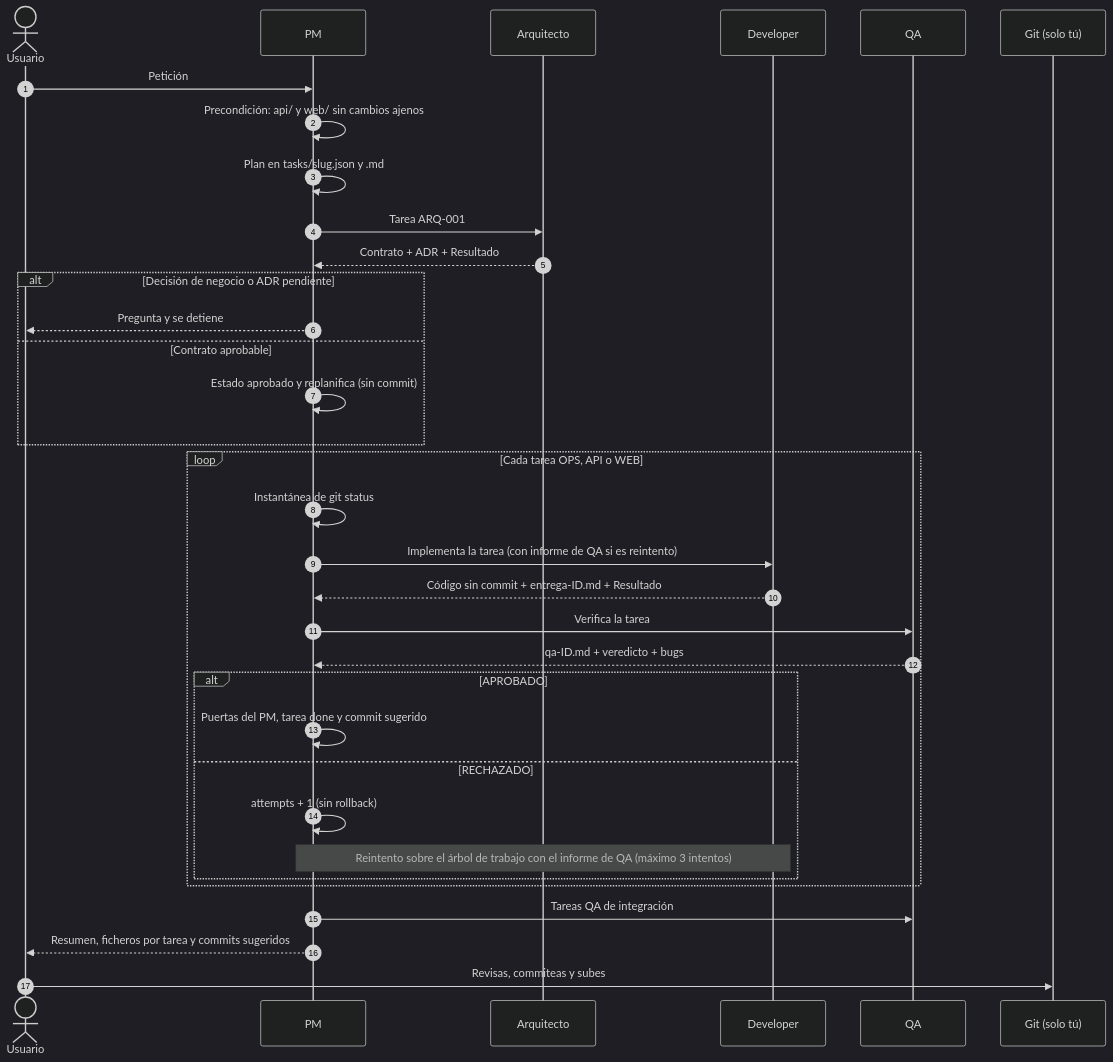
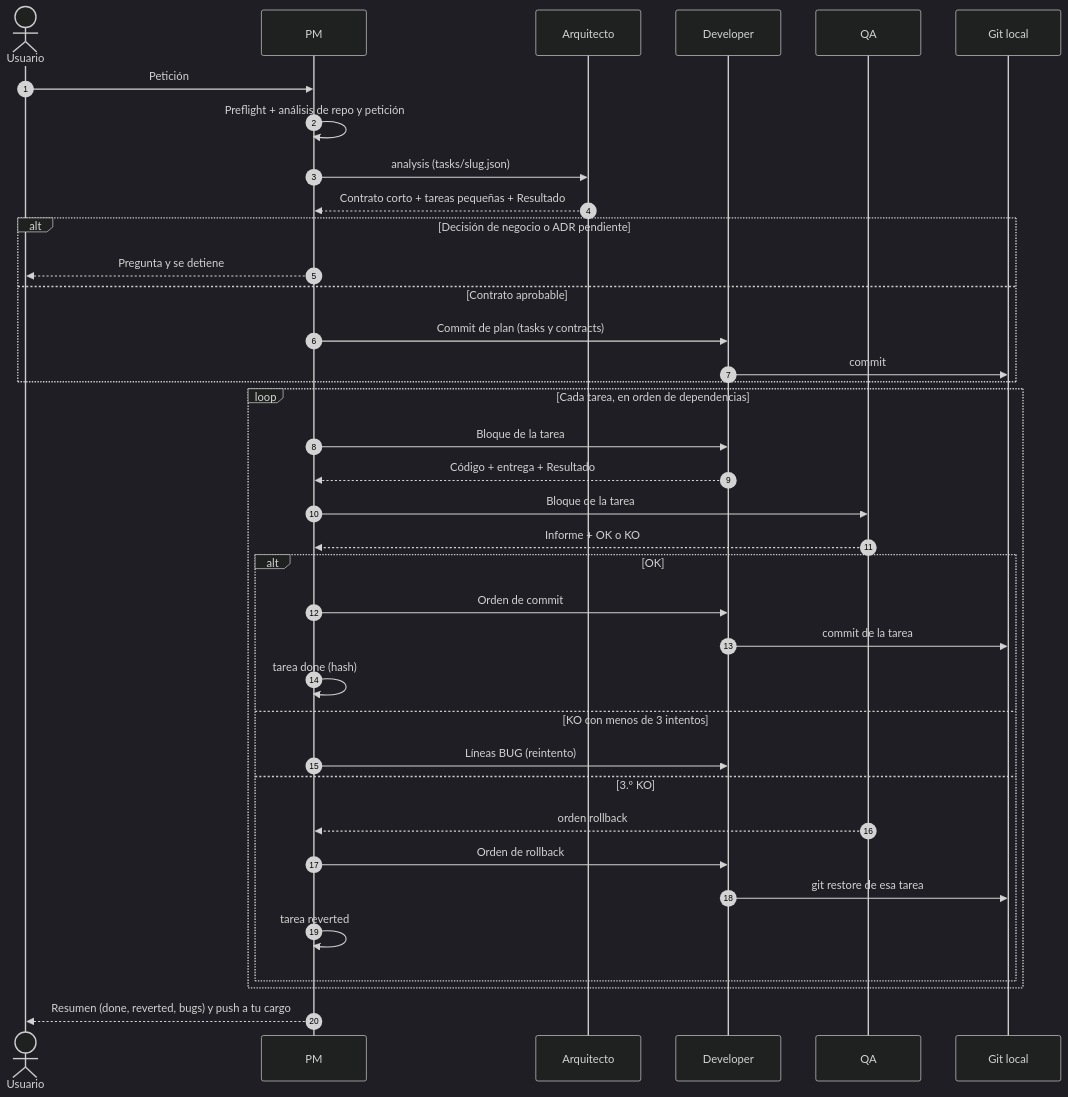
The second of 4 diagrams in flujo-agents.md (JordiTurell/GrangesAndreu), drawn with Mermaid (dark theme) before and after one commit. The commit also changed other lines of this file and 5 other files, not shown here.

First line of the commit message:
Agentes: flujo nuevo con tareas pequenas, commit y rollback por tarea

````diff
--- a/flujo-agents.md
+++ b/flujo-agents.md
@@ -52,37 +32,40 @@
 ```mermaid
 sequenceDiagram
     autonumber
     actor U as Usuario
     participant PM
     participant ARQ as Arquitecto
     participant DEV as Developer
     participant QA
-    participant G as Git (solo tú)
+    participant G as Git local
 
     U->>PM: Petición
-    PM->>PM: Precondición: api/ y web/ sin cambios ajenos
-    PM->>PM: Plan en tasks/slug.json y .md
-    PM->>ARQ: Tarea ARQ-001
-    ARQ-->>PM: Contrato + ADR + Resultado
+    PM->>PM: Preflight + análisis de repo y petición
+    PM->>ARQ: analysis (tasks/slug.json)
+    ARQ-->>PM: Contrato corto + tareas pequeñas + Resultado
     alt Decisión de negocio o ADR pendiente
         PM-->>U: Pregunta y se detiene
     else Contrato aprobable
-        PM->>PM: Estado aprobado y replanifica (sin commit)
+        PM->>DEV: Commit de plan (tasks y contracts)
+        DEV->>G: commit
     end
-    loop Cada tarea OPS, API o WEB
-        PM->>PM: Instantánea de git status
-        PM->>DEV: Implementa la tarea (con informe de QA si es reintento)
-        DEV-->>PM: Código sin commit + entrega-ID.md + Resultado
-        PM->>QA: Verifica la tarea
-        QA-->>PM: qa-ID.md + veredicto + bugs
-        alt APROBADO
-            PM->>PM: Puertas del PM, tarea done y commit sugerido
-        else RECHAZADO
-            PM->>PM: attempts + 1 (sin rollback)
-            Note over PM,DEV: Reintento sobre el árbol de trabajo con el informe de QA (máximo 3 intentos)
+    loop Cada tarea, en orden de dependencias
+        PM->>DEV: Bloque de la tarea
+        DEV-->>PM: Código + entrega + Resultado
+        PM->>QA: Bloque de la tarea
+        QA-->>PM: Informe + OK o KO
+        alt OK
+            PM->>DEV: Orden de commit
+            DEV->>G: commit de la tarea
+            PM->>PM: tarea done (hash)
+        else KO con menos de 3 intentos
+            PM->>DEV: Líneas BUG (reintento)
+        else 3.º KO
+            QA-->>PM: orden rollback
+            PM->>DEV: Orden de rollback
+            DEV->>G: git restore de esa tarea
+            PM->>PM: tarea reverted
         end
     end
-    PM->>QA: Tareas QA de integración
-    PM-->>U: Resumen, ficheros por tarea y commits sugeridos
-    U->>G: Revisas, commiteas y subes
+    PM-->>U: Resumen (done, reverted, bugs) y push a tu cargo
 ```
````
